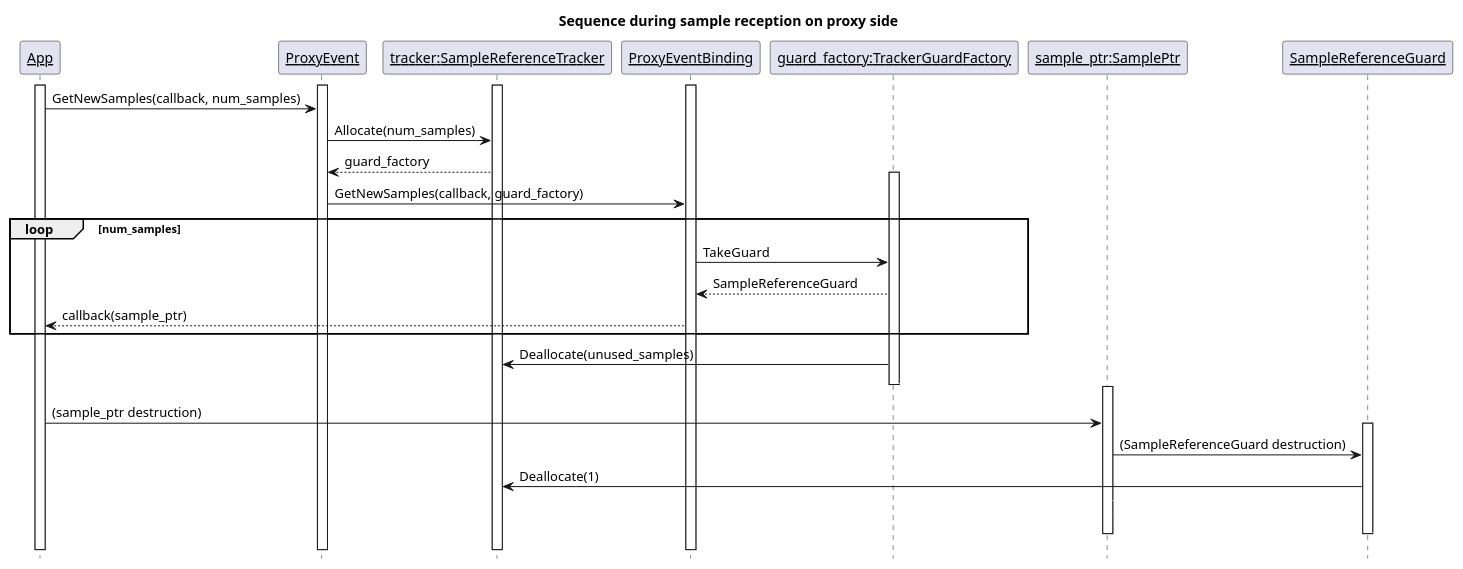
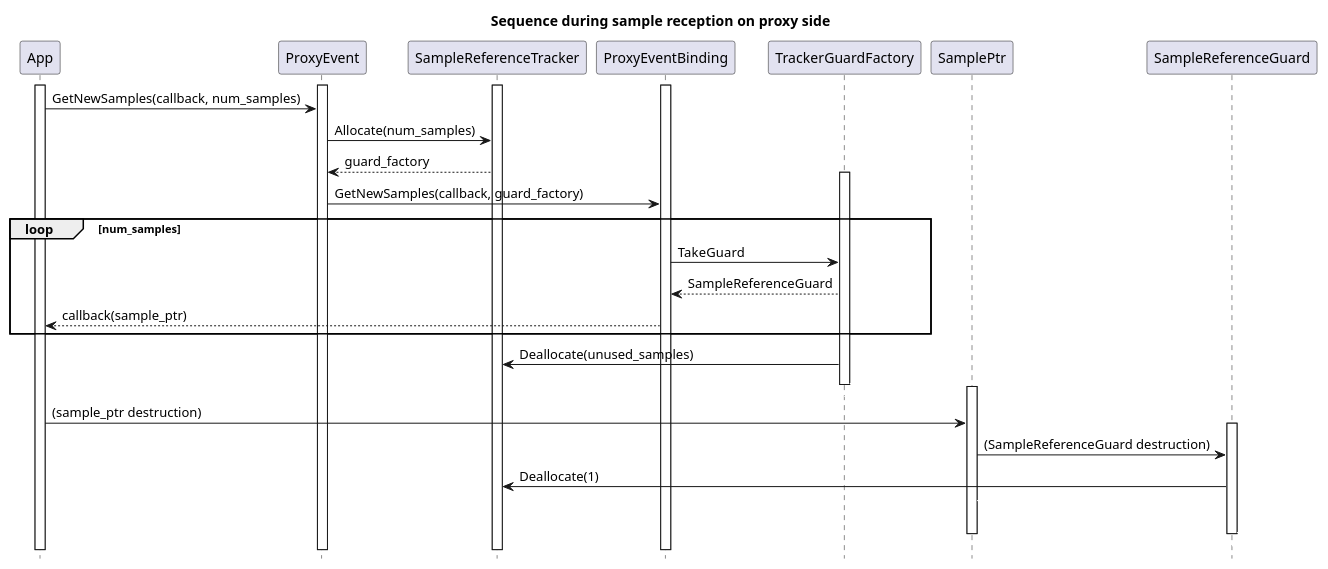
One commit to eclipse-score/communication changed the diagram in score/mw/com/impl/dependability/sample_management_pointers/sampleptr_ref_counting.puml. Above: the diagram before and after it, drawn with PlantUML. The commit also changed 2 other files, not shown here.

```diff
--- a/score/mw/com/impl/dependability/sample_management_pointers/sampleptr_ref_counting.puml
+++ b/score/mw/com/impl/dependability/sample_management_pointers/sampleptr_ref_counting.puml
@@ -14,43 +14,43 @@
 @startuml sampleptr_ref_counting
 title "Sequence during sample reception on proxy side"
 hide footbox
 
-participant "<u>App</u>" as App
-participant "<u>ProxyEvent</u>" as ProxyEvent
-participant "<u>tracker:SampleReferenceTracker</u>" as Tracker
-participant "<u>ProxyEventBinding</u>" as Binding
-participant "<u>guard_factory:TrackerGuardFactory</u>" as GuardFactory
-participant "<u>sample_ptr:SamplePtr</u>" as SamplePtr
-participant "<u>SampleReferenceGuard</u>" as Guard
+participant "App" as App
+participant "ProxyEvent" as ProxyEvent
+participant "SampleReferenceTracker" as Tracker
+participant "ProxyEventBinding" as Binding
+participant "TrackerGuardFactory" as GuardFactory
+participant "SamplePtr" as SamplePtr
+participant "SampleReferenceGuard" as Guard
 
 activate App
 activate ProxyEvent
 activate Tracker
 activate Binding
 App -> ProxyEvent: GetNewSamples(callback, num_samples)
 ProxyEvent -> Tracker: Allocate(num_samples)
 Tracker --> ProxyEvent: guard_factory
 activate GuardFactory
 ProxyEvent -> Binding: GetNewSamples(callback, guard_factory)
 
 loop num_samples
     Binding -> GuardFactory: TakeGuard
     GuardFactory --> Binding: SampleReferenceGuard
     Binding --> App: callback(sample_ptr)
 end
 
 GuardFactory -> Tracker: Deallocate(unused_samples)
 GuardFactory -[#white]> GuardFactory
 deactivate GuardFactory
 
 activate SamplePtr
 App -> SamplePtr: (sample_ptr destruction)
 activate Guard
 SamplePtr -> Guard: (SampleReferenceGuard destruction)
 Guard -> Tracker: Deallocate(1)
 SamplePtr -[#white]> SamplePtr
 Guard -[#white]> Guard
 deactivate Guard
 deactivate SamplePtr
 
 @enduml
```
